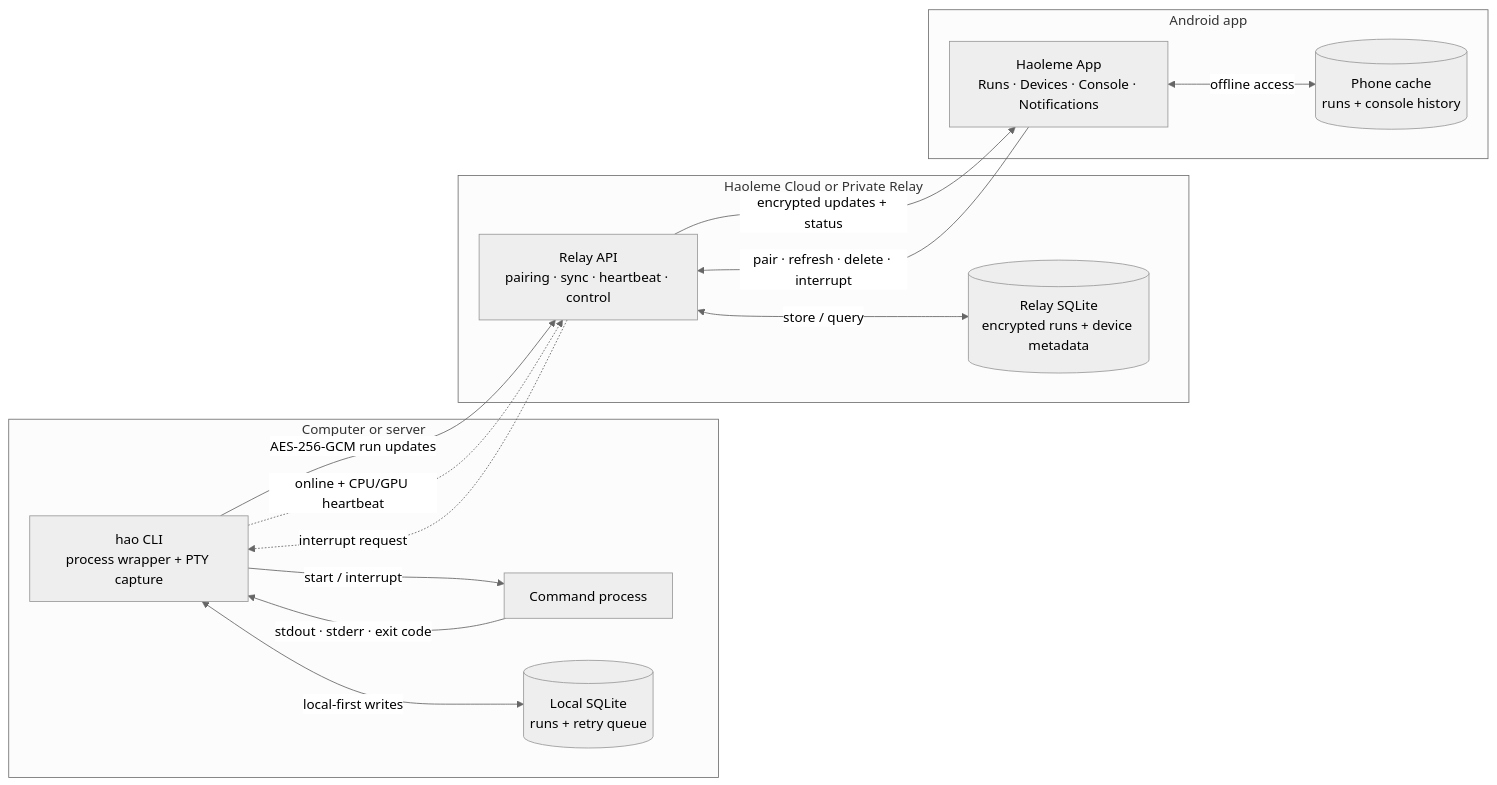
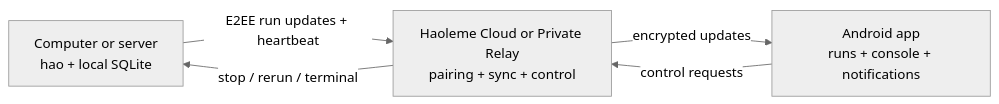
Before and after one commit to HaolemeApp/Haoleme: the diagram in README.md, drawn with Mermaid (neutral theme). The commit also changed other lines of this file and 1 other file, not shown here.

````diff
--- a/README.md
+++ b/README.md
@@ -129,29 +116,10 @@
 ```mermaid
 flowchart LR
-  subgraph Host["Computer or server"]
-    CLI["hao CLI<br/>process wrapper + PTY capture"]
-    PROC["Command process"]
-    LOCAL[("Local SQLite<br/>runs + retry queue")]
-    CLI -->|"start / interrupt"| PROC
-    PROC -->|"stdout · stderr · exit code"| CLI
-    CLI <-->|"local-first writes"| LOCAL
-  end
-
-  subgraph Relay["Haoleme Cloud or Private Relay"]
-    API["Relay API<br/>pairing · sync · heartbeat · control"]
-    CLOUD[("Relay SQLite<br/>encrypted runs + device metadata")]
-    API <-->|"store / query"| CLOUD
-  end
-
-  subgraph Mobile["Android app"]
-    APP["Haoleme App<br/>Runs · Devices · Console · Notifications"]
-    CACHE[("Phone cache<br/>runs + console history")]
-    APP <-->|"offline access"| CACHE
-  end
-
-  CLI -->|"AES-256-GCM run updates"| API
-  CLI -.->|"online + CPU/GPU heartbeat"| API
-  API -->|"encrypted updates + status"| APP
-  APP -->|"pair · refresh · delete · interrupt"| API
-  API -.->|"interrupt request"| CLI
+  HOST["Computer or server<br/>hao + local SQLite"]
+  RELAY["Haoleme Cloud or Private Relay<br/>pairing + sync + control"]
+  APP["Android app<br/>runs + console + notifications"]
+  HOST -->|"E2EE run updates + heartbeat"| RELAY
+  RELAY -->|"encrypted updates"| APP
+  APP -->|"control requests"| RELAY
+  RELAY -->|"stop / rerun / terminal"| HOST
 ```
````
